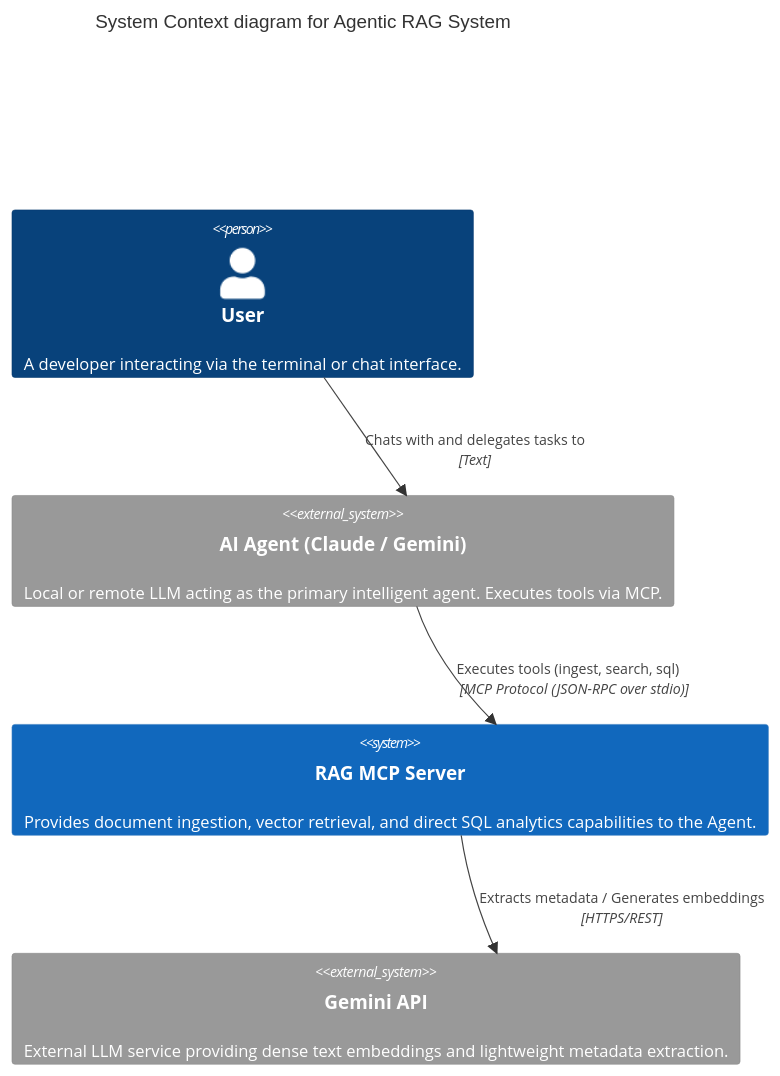
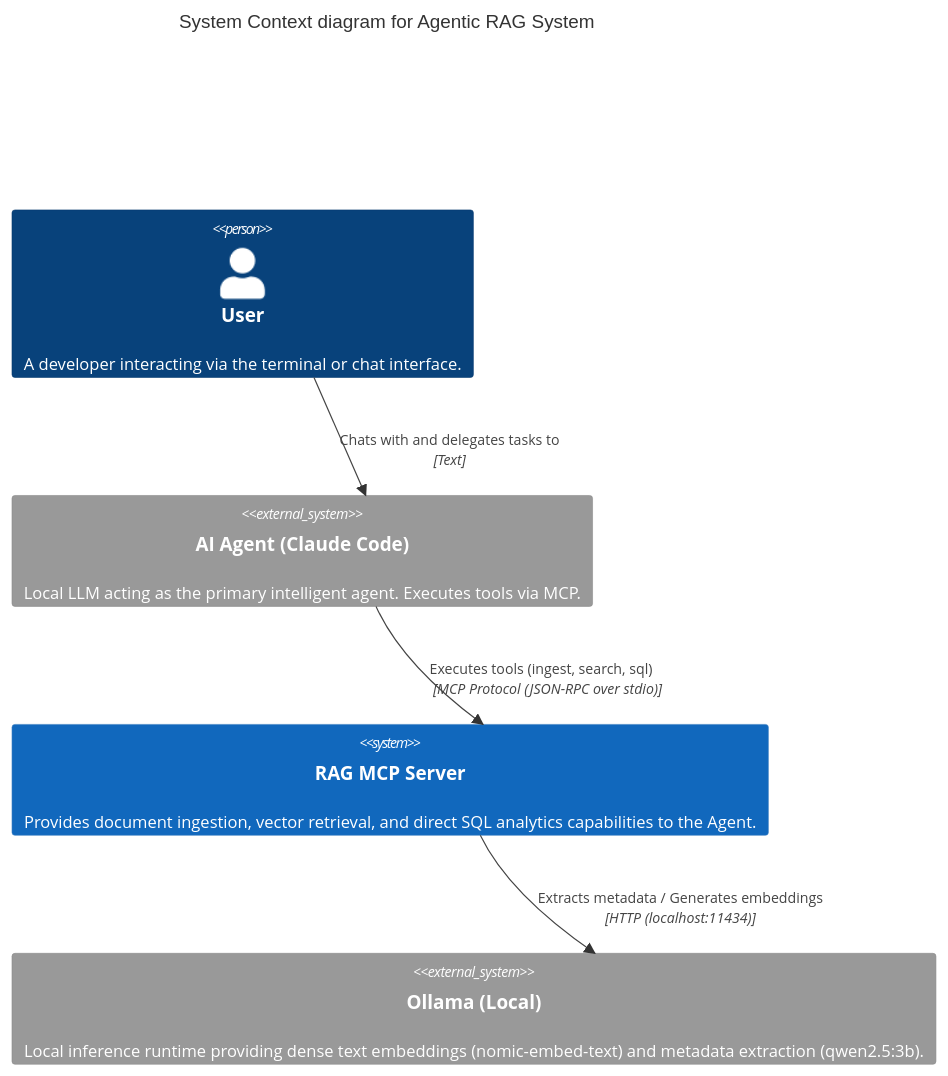
The first of 4 diagrams in docs/architecture.md (salehloke/claude-code-agentic-rag-masterclass), drawn with Mermaid before and after one commit. The commit also changed other lines of this file and 8 other files, not shown here.

````diff
--- a/docs/architecture.md
+++ b/docs/architecture.md
@@ -11,16 +11,16 @@
 ```mermaid
 C4Context
     title System Context diagram for Agentic RAG System
 
     Person(user, "User", "A developer interacting via the terminal or chat interface.")
     
-    System_Ext(agent, "AI Agent (Claude / Gemini)", "Local or remote LLM acting as the primary intelligent agent. Executes tools via MCP.")
-    
+    System_Ext(agent, "AI Agent (Claude Code)", "Local LLM acting as the primary intelligent agent. Executes tools via MCP.")
+
     System(rag, "RAG MCP Server", "Provides document ingestion, vector retrieval, and direct SQL analytics capabilities to the Agent.")
-    
-    System_Ext(gemini_api, "Gemini API", "External LLM service providing dense text embeddings and lightweight metadata extraction.")
-    
+
+    System_Ext(ollama, "Ollama (Local)", "Local inference runtime providing dense text embeddings (nomic-embed-text) and metadata extraction (qwen2.5:3b).")
+
     Rel(user, agent, "Chats with and delegates tasks to", "Text")
     Rel(agent, rag, "Executes tools (ingest, search, sql)", "MCP Protocol (JSON-RPC over stdio)")
-    Rel(rag, gemini_api, "Extracts metadata / Generates embeddings", "HTTPS/REST")
+    Rel(rag, ollama, "Extracts metadata / Generates embeddings", "HTTP (localhost:11434)")
 ```
````
